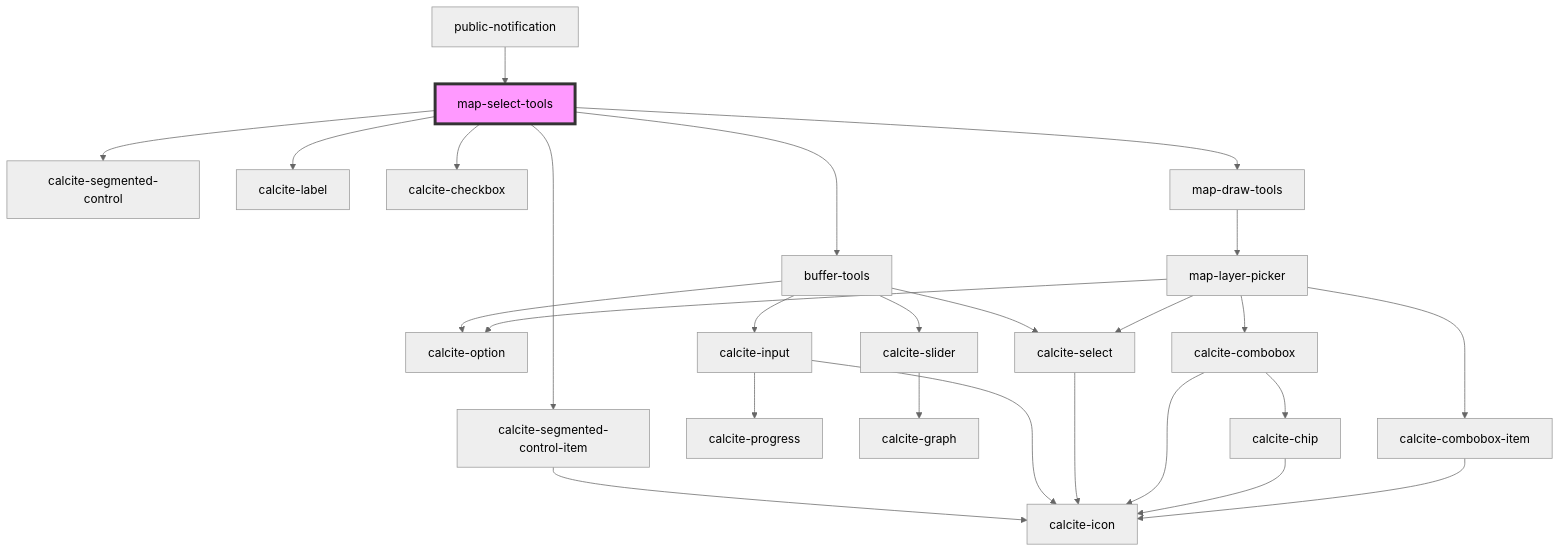
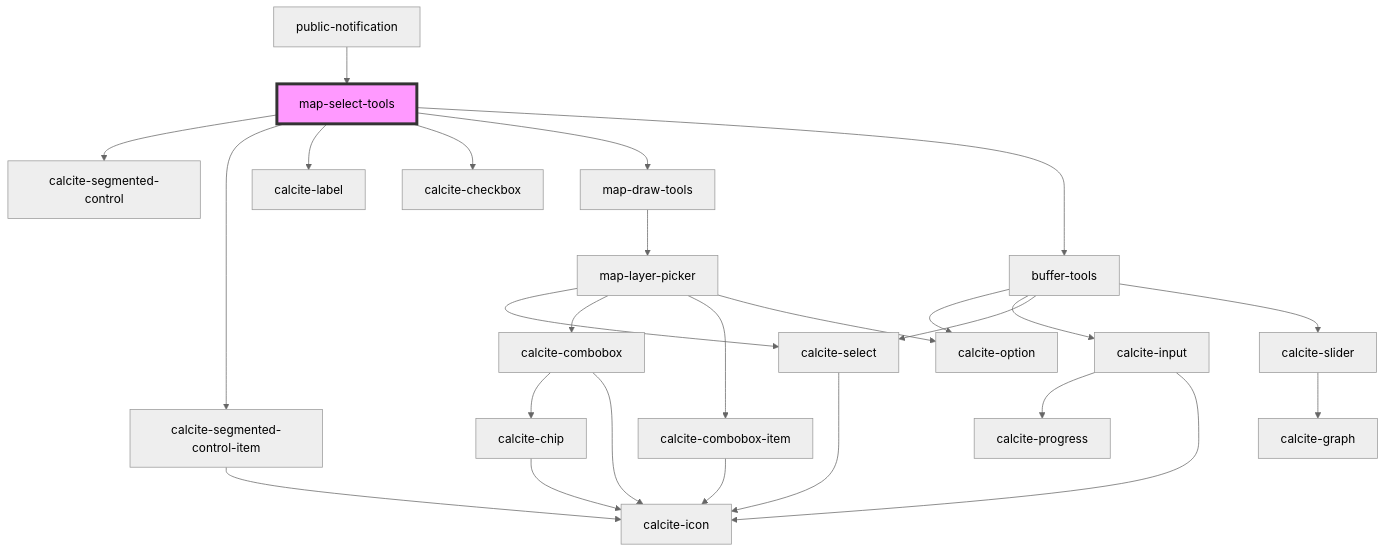
One commit to Esri/solutions-components changed the diagram in src/components/map-select-tools/readme.md. Above: the diagram before and after it, drawn with Mermaid (neutral theme). The commit also changed other lines of this file and 2 other files, not shown here.

Commit message:
update select tools doc

````diff
--- a/src/components/map-select-tools/readme.md
+++ b/src/components/map-select-tools/readme.md
@@ -78,29 +78,29 @@
 ```mermaid
 graph TD;
   map-select-tools --> calcite-segmented-control
   map-select-tools --> calcite-segmented-control-item
   map-select-tools --> calcite-label
   map-select-tools --> calcite-checkbox
+  map-select-tools --> map-draw-tools
   map-select-tools --> buffer-tools
-  map-select-tools --> map-draw-tools
   calcite-segmented-control-item --> calcite-icon
+  map-draw-tools --> map-layer-picker
+  map-layer-picker --> calcite-select
+  map-layer-picker --> calcite-combobox
+  map-layer-picker --> calcite-combobox-item
+  map-layer-picker --> calcite-option
+  calcite-select --> calcite-icon
+  calcite-combobox --> calcite-chip
+  calcite-combobox --> calcite-icon
+  calcite-chip --> calcite-icon
+  calcite-combobox-item --> calcite-icon
   buffer-tools --> calcite-option
   buffer-tools --> calcite-input
   buffer-tools --> calcite-select
   buffer-tools --> calcite-slider
   calcite-input --> calcite-progress
   calcite-input --> calcite-icon
-  calcite-select --> calcite-icon
   calcite-slider --> calcite-graph
-  map-draw-tools --> map-layer-picker
-  map-layer-picker --> calcite-select
-  map-layer-picker --> calcite-combobox
-  map-layer-picker --> calcite-combobox-item
-  map-layer-picker --> calcite-option
-  calcite-combobox --> calcite-chip
-  calcite-combobox --> calcite-icon
-  calcite-chip --> calcite-icon
-  calcite-combobox-item --> calcite-icon
   public-notification --> map-select-tools
   style map-select-tools fill:#f9f,stroke:#333,stroke-width:4px
 ```
````
